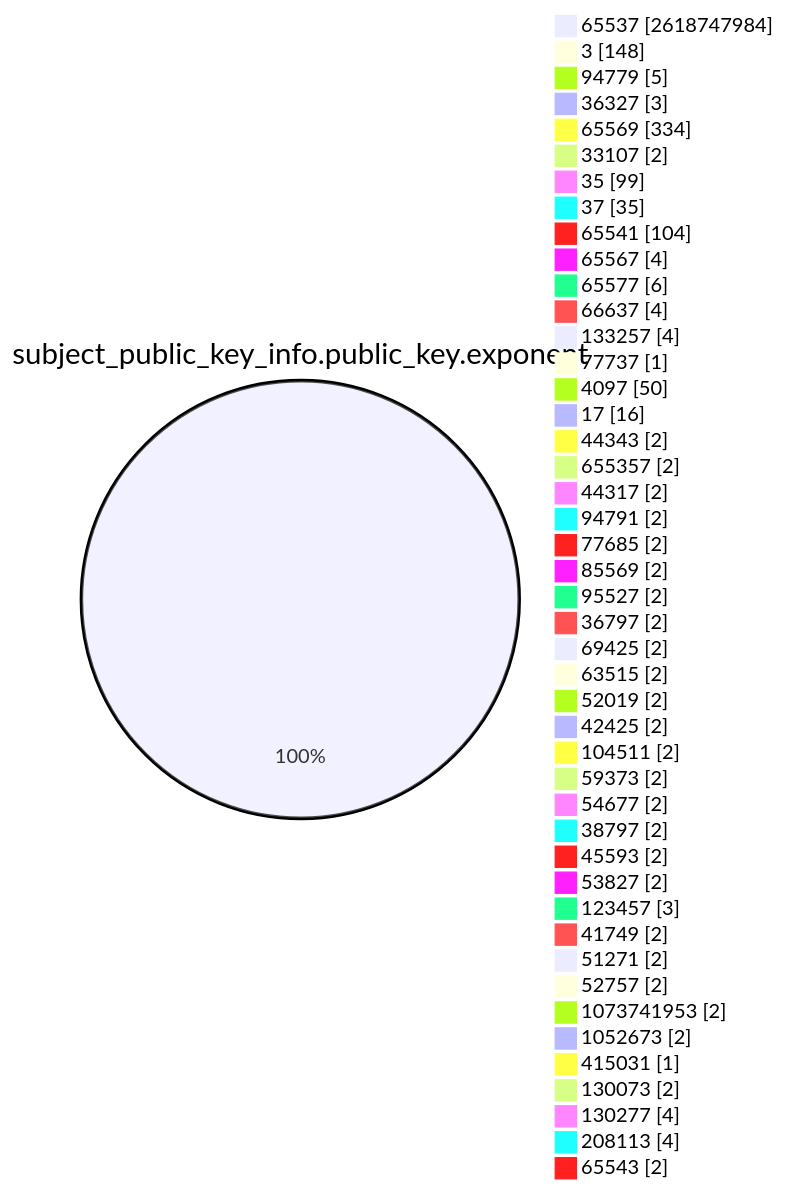
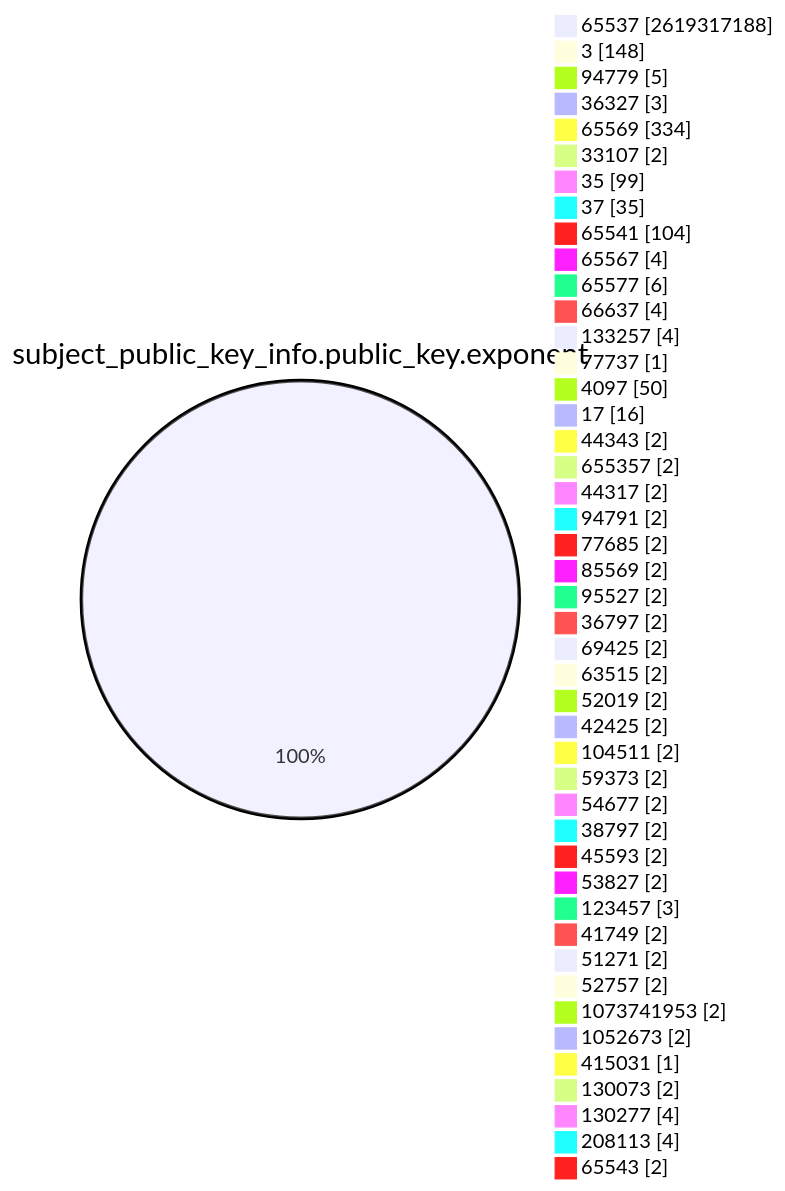
Before and after one commit to christiankrug/ctmonitor_visualization: the fourth of 15 diagrams in TOTAL/README.md, drawn with Mermaid. The commit also changed other lines of this file, not shown here.

````diff
--- a/TOTAL/README.md
+++ b/TOTAL/README.md
@@ -1466,49 +1466,49 @@
 ```mermaid
 pie showData
 title subject_public_key_info.public_key.exponent
-"65537" :2618747984
+"65537" :2619317188
 "3" :148
 "94779" :5
 "36327" :3
 "65569" :334
 "33107" :2
 "35" :99
 "37" :35
 "65541" :104
 "65567" :4
 "65577" :6
 "66637" :4
 "133257" :4
 "77737" :1
 "4097" :50
 "17" :16
 "44343" :2
 "655357" :2
 "44317" :2
 "94791" :2
 "77685" :2
 "85569" :2
 "95527" :2
 "36797" :2
 "69425" :2
 "63515" :2
 "52019" :2
 "42425" :2
 "104511" :2
 "59373" :2
 "54677" :2
 "38797" :2
 "45593" :2
 "53827" :2
 "123457" :3
 "41749" :2
 "51271" :2
 "52757" :2
 "1073741953" :2
 "1052673" :2
 "415031" :1
 "130073" :2
 "130277" :4
 "208113" :4
 "65543" :2
 ```
````
